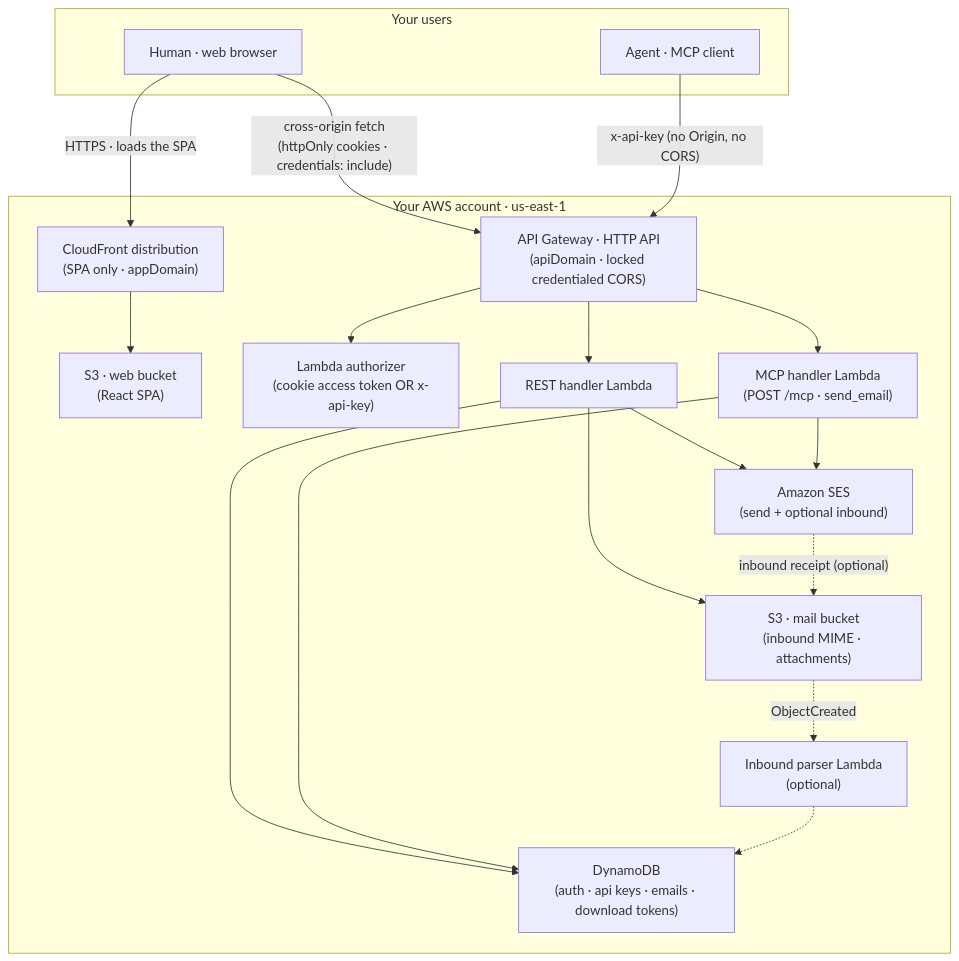
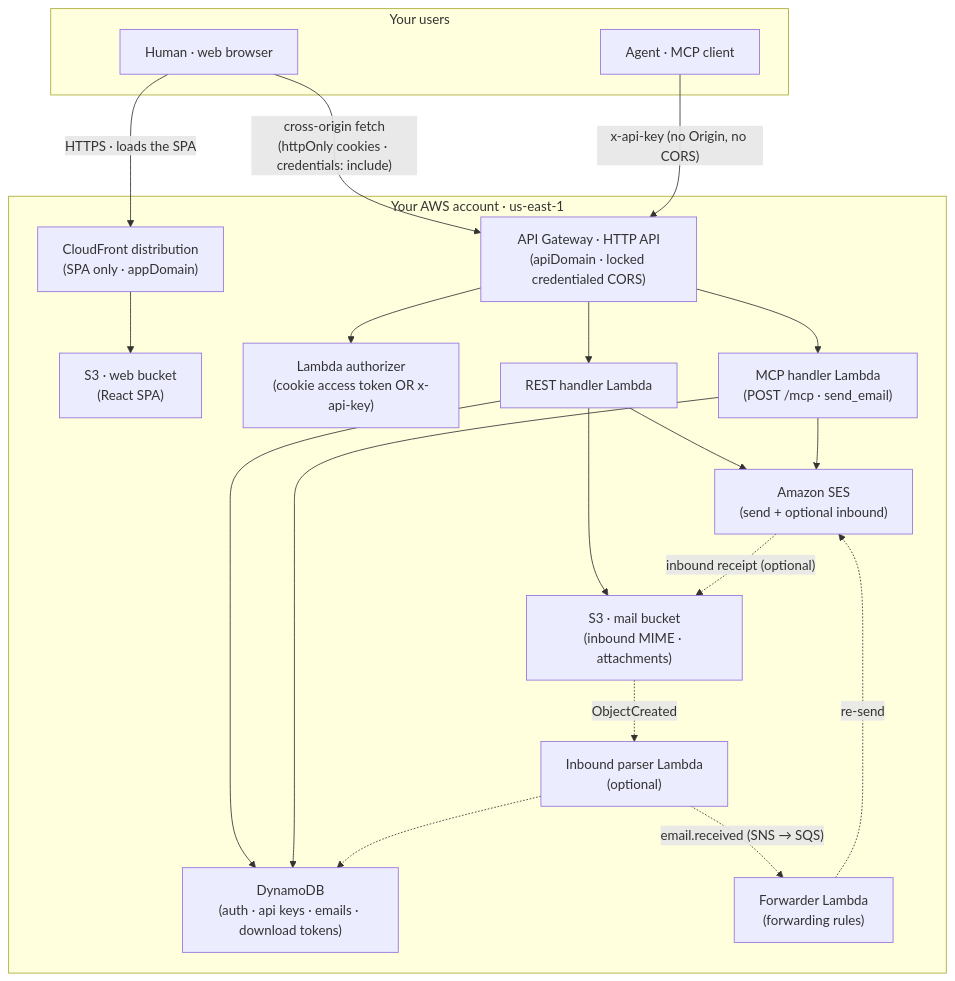
One commit to Nan0416/FreeMail changed the diagram in README.md. Above: the diagram before and after it, drawn with Mermaid. The commit also changed other lines of this file and 63 other files, not shown here.

First line of the commit message:
feat: forwarding — rules edited in the web app re-send matching received mail

````diff
--- a/README.md
+++ b/README.md
@@ -15,38 +15,41 @@
 ```mermaid
 flowchart TB
     subgraph User["Your users"]
         Browser["Human · web browser"]
         Agent["Agent · MCP client"]
     end
 
     subgraph AWS["Your AWS account · us-east-1"]
         CF["CloudFront distribution<br/>(SPA only · appDomain)"]
         S3web["S3 · web bucket<br/>(React SPA)"]
         API["API Gateway · HTTP API<br/>(apiDomain · locked credentialed CORS)"]
         Authz["Lambda authorizer<br/>(cookie access token OR x-api-key)"]
         Rest["REST handler Lambda"]
         Mcp["MCP handler Lambda<br/>(POST /mcp · send_email)"]
         SES["Amazon SES<br/>(send + optional inbound)"]
         DDB["DynamoDB<br/>(auth · api keys · emails · download tokens)"]
         S3mail["S3 · mail bucket<br/>(inbound MIME · attachments)"]
         Parse["Inbound parser Lambda<br/>(optional)"]
+        Fwd["Forwarder Lambda<br/>(forwarding rules)"]
     end
 
     Browser -->|"HTTPS · loads the SPA"| CF
     CF --> S3web
     Browser -->|"cross-origin fetch<br/>(httpOnly cookies · credentials: include)"| API
     Agent -->|"x-api-key (no Origin, no CORS)"| API
 
     API --> Authz
     API --> Rest
     API --> Mcp
     Rest --> SES
     Rest --> DDB
     Rest --> S3mail
     Mcp --> SES
     Mcp --> DDB
 
     SES -.->|"inbound receipt (optional)"| S3mail
     S3mail -.->|"ObjectCreated"| Parse
     Parse -.-> DDB
+    Parse -.->|"email.received (SNS → SQS)"| Fwd
+    Fwd -.->|"re-send"| SES
 ```
````
